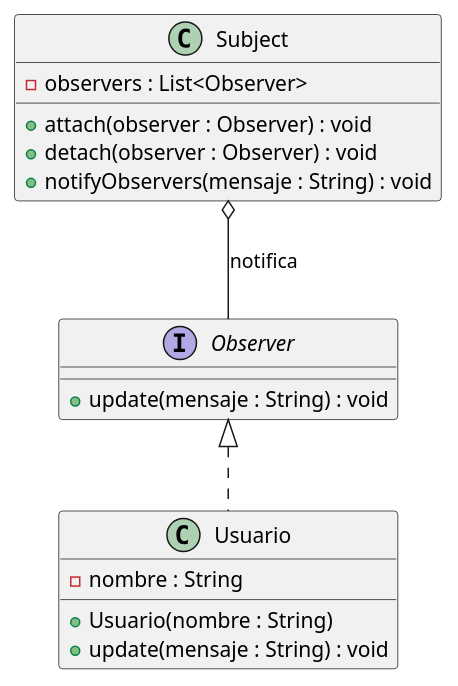
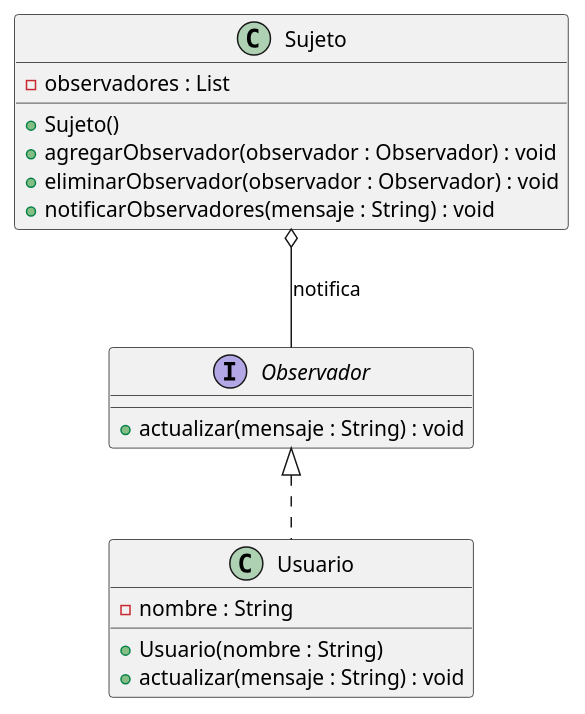
One commit to Santiag0159/Ing-Software changed the diagram in patrones de diseño/uml/Observer.puml. Above: the diagram before and after it, drawn with PlantUML. The commit also changed 7 other files, not shown here.

```diff
--- a/patrones de diseño/uml/Observer.puml
+++ b/patrones de diseño/uml/Observer.puml
@@ -1,39 +1,42 @@
 @startuml
 
 ' PATRON OBSERVER
 
 ' Interfaz que define el comportamiento de los observadores.
-interface Observer {
+interface Observador {
     ' Metodo que recibe las notificaciones del sujeto.
-    + update(mensaje : String) : void
+    + actualizar(mensaje : String) : void
 }
 
 ' Clase que mantiene una lista de observadores y notifica a todos ellos.
-class Subject{
+class Sujeto{
     ' Lista de objetos que implementan la interfaz Observer.
-    - observers : List<Observer> 
+    - observadores : List 
+    ' Constructor que inicializa la lista de observadores.
+    + Sujeto()
     ' Agrega un nuevo observador a la lista.
-    + attach(observer : Observer) : void
+    + agregarObservador(observador : Observador) : void
     ' Elimina un observador de la lista.
-    + detach(observer : Observer) : void
+    + eliminarObservador(observador : Observador) : void
     ' Notifica a todos los observadores con un mensaje.
-    + notifyObservers(mensaje : String) : void
+    + notificarObservadores(mensaje : String) : void
 }
 
 ' Observador concreto. Representa a un usuario que recibe notificaciones.
 class Usuario{
     ' Nombre del usuario.
     - nombre : String
     ' Constructor que recibe el nombre
     + Usuario(nombre : String)
     ' Actualiza al usuario cuando recibe una notificacion.
-    + update(mensaje : String) : void
+    + actualizar(mensaje : String) : void
 
 }
 
-' Usuario implementa la interfaz Observer.
-Observer <|.. Usuario
+
 ' Sujeto mantiene una coleccion de observadores a los cuales notificar.
-Subject o-- Observer : notifica 
+Sujeto o-- Observador : notifica 
+' Usuario implementa la interfaz Observador.
+Observador <|.. Usuario
 
 @enduml
```
